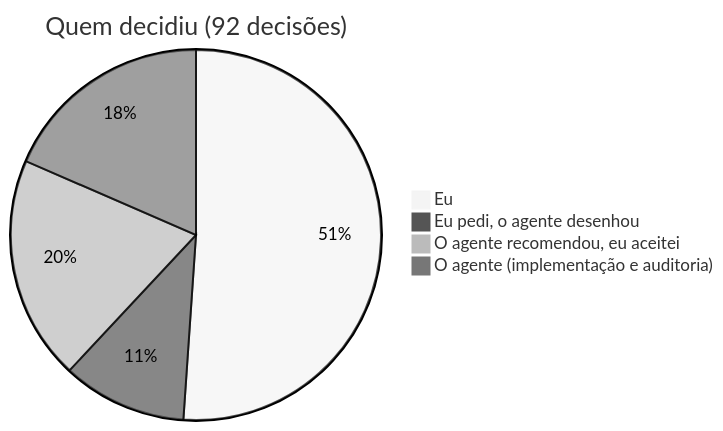
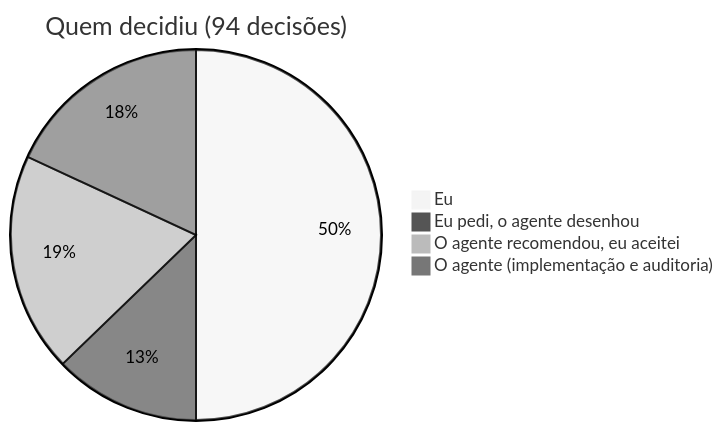
One commit to micaelcf/parcela-mais-case changed the sixth of 6 diagrams in README.md. Above: the diagram before and after it, drawn with Mermaid (neutral theme). The commit also changed other lines of this file and 8 other files, not shown here.

````diff
--- a/README.md
+++ b/README.md
@@ -237,7 +247,7 @@
 ```mermaid
-pie title Quem decidiu (92 decisões)
+pie title Quem decidiu (94 decisões)
     "Eu" : 47
-    "Eu pedi, o agente desenhou" : 10
+    "Eu pedi, o agente desenhou" : 12
     "O agente recomendou, eu aceitei" : 18
     "O agente (implementação e auditoria)" : 17
 ```
````
